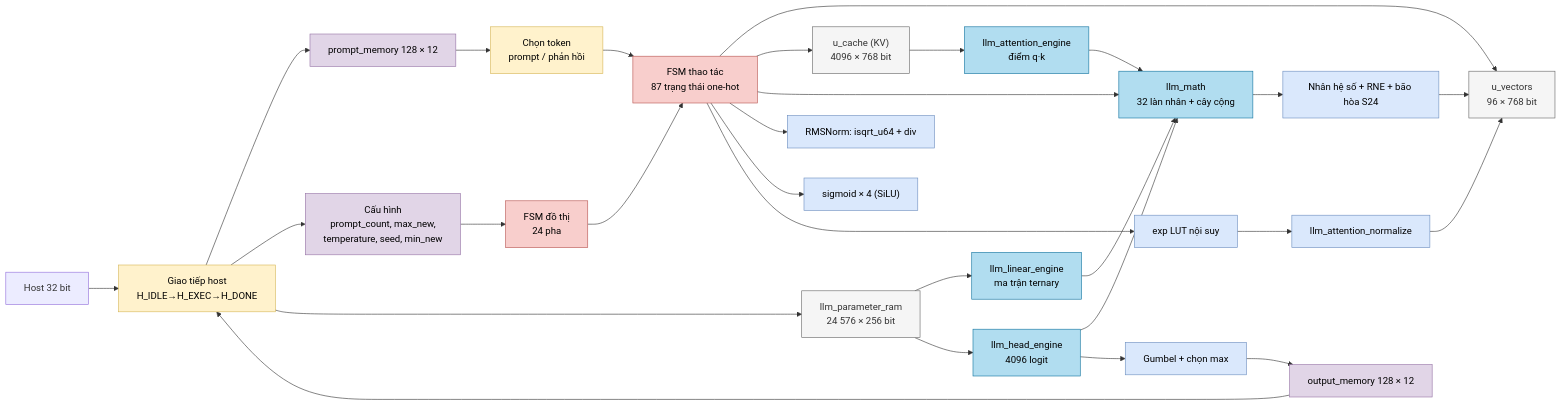
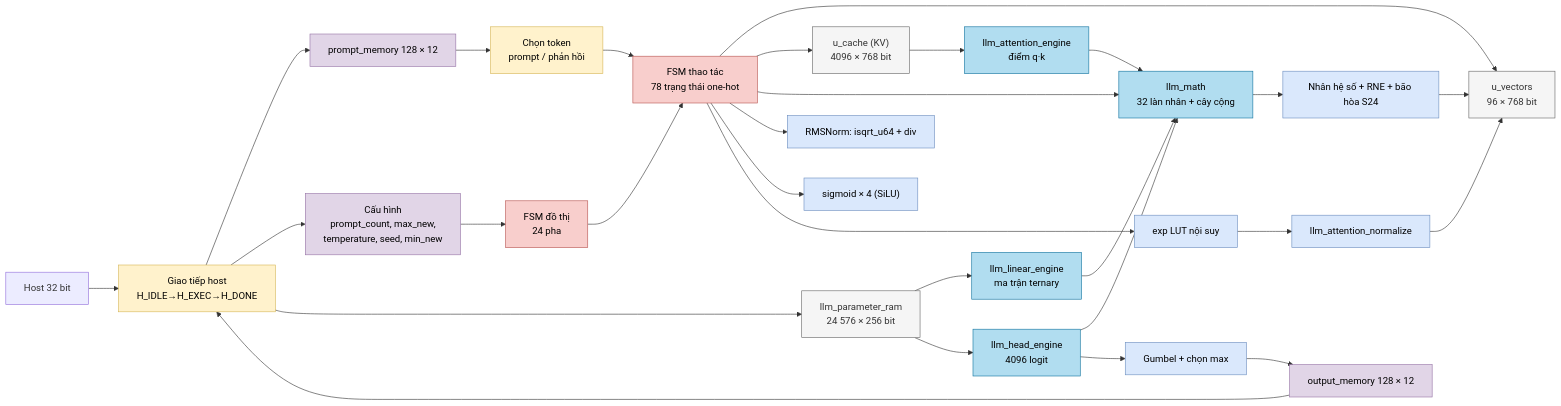
One commit to nguyennhutkhanhtom/NPU changed the first of 3 diagrams in Verilog Source code/doc/modules/llm_soc.md. Above: the diagram before and after it, drawn with Mermaid. The commit also changed other lines of this file and 119 other files, not shown here.

````diff
--- a/Verilog Source code/doc/modules/llm_soc.md
+++ b/Verilog Source code/doc/modules/llm_soc.md
@@ -108,36 +108,36 @@
 ```mermaid
 flowchart LR
     classDef ctrl fill:#f8cecc,stroke:#b85450,color:#000
     classDef move fill:#fff2cc,stroke:#d6b656,color:#000
     classDef param fill:#f5f5f5,stroke:#666666,color:#333
     classDef mac fill:#b1ddf0,stroke:#10739e,color:#000
     classDef act fill:#dae8fc,stroke:#6c8ebf,color:#000
     classDef reg fill:#e1d5e7,stroke:#9673a6,color:#000
     HOST["Host 32 bit"] --> HIF["Giao tiếp host<br/>H_IDLE→H_EXEC→H_DONE"]:::move
     HIF --> PR["prompt_memory 128 × 12"]:::reg
     HIF --> CFG["Cấu hình<br/>prompt_count, max_new,<br/>temperature, seed, min_new"]:::reg
     HIF --> PRM["llm_parameter_ram<br/>24 576 × 256 bit"]:::param
     OUTM["output_memory 128 × 12"]:::reg --> HIF
     CFG --> GR["FSM đồ thị<br/>24 pha"]:::ctrl
-    GR --> OP["FSM thao tác<br/>87 trạng thái one-hot"]:::ctrl
+    GR --> OP["FSM thao tác<br/>78 trạng thái one-hot"]:::ctrl
     PR --> TOK["Chọn token<br/>prompt / phản hồi"]:::move
     TOK --> OP
     OP --> VEC["u_vectors<br/>96 × 768 bit"]:::param
     OP --> KV["u_cache (KV)<br/>4096 × 768 bit"]:::param
     PRM --> LIN["llm_linear_engine<br/>ma trận ternary"]:::mac
     PRM --> HEAD["llm_head_engine<br/>4096 logit"]:::mac
     KV --> ATT["llm_attention_engine<br/>điểm q·k"]:::mac
     LIN --> MATH["llm_math<br/>32 làn nhân + cây cộng"]:::mac
     HEAD --> MATH
     ATT --> MATH
     OP --> MATH
     MATH --> SC["Nhân hệ số + RNE + bão hòa S24"]:::act
     SC --> VEC
     OP --> NRM["RMSNorm: isqrt_u64 + div"]:::act
     OP --> SIG["sigmoid × 4 (SiLU)"]:::act
     OP --> EXP["exp LUT nội suy"]:::act
     EXP --> AN["llm_attention_normalize"]:::act
     AN --> VEC
     HEAD --> SMP["Gumbel + chọn max"]:::act
     SMP --> OUTM
 ```
````
